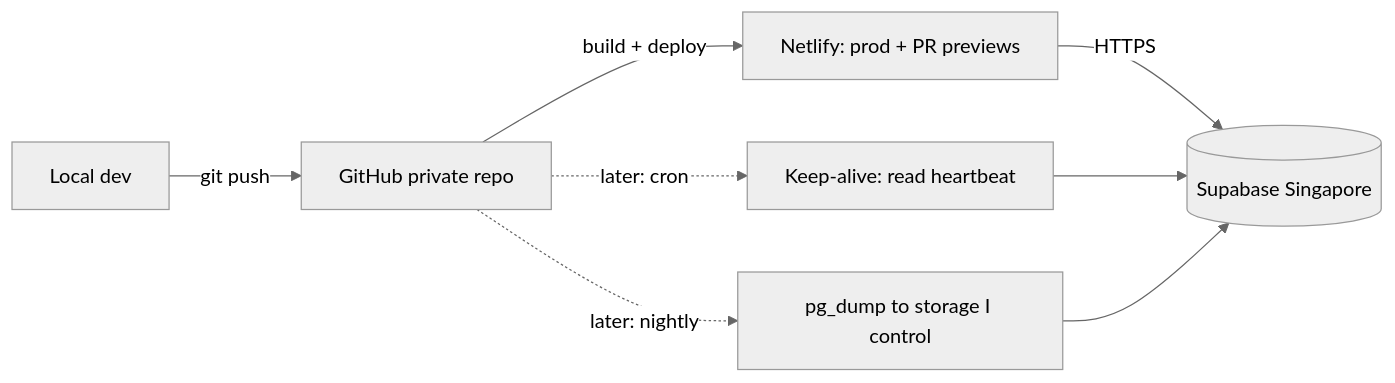
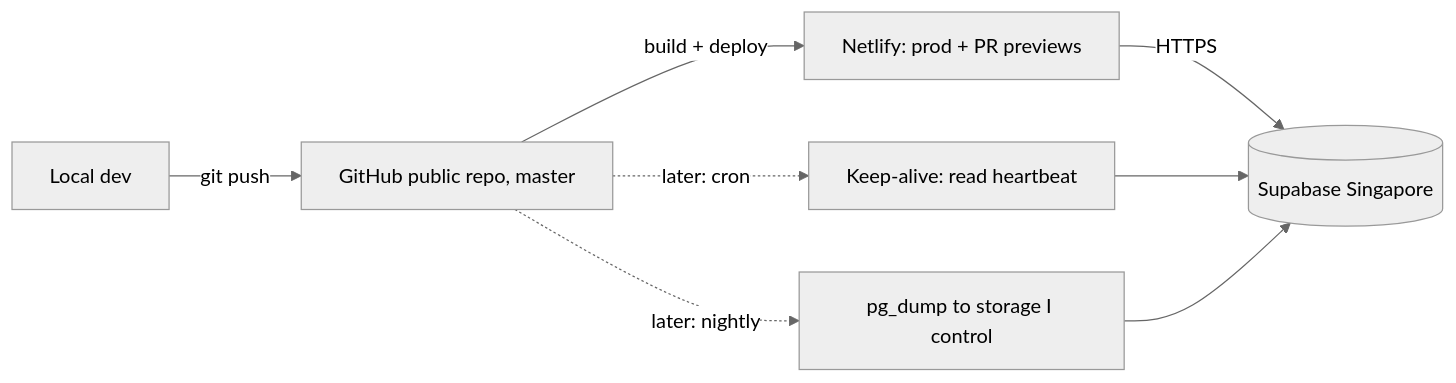
One commit to mustafa-fathur/tora changed the second of 2 diagrams in docs/ARCHITECTURE.md. Above: the diagram before and after it, drawn with Mermaid (neutral theme). The commit also changed other lines of this file and 5 other files, not shown here.

First line of the commit message:
Document public-repo rules and guard personal data paths

````diff
--- a/docs/ARCHITECTURE.md
+++ b/docs/ARCHITECTURE.md
@@ -56,10 +57,10 @@
 ```mermaid
 flowchart LR
-    Dev[Local dev] -->|git push| GH[GitHub private repo]
+    Dev[Local dev] -->|git push| GH[GitHub public repo, master]
     GH -->|build + deploy| NF[Netlify: prod + PR previews]
     NF -->|HTTPS| SB[(Supabase Singapore)]
     GH -. later: cron .-> HB[Keep-alive: read heartbeat]
     GH -. later: nightly .-> BK[pg_dump to storage I control]
     HB --> SB
     BK --> SB
 ```
````
